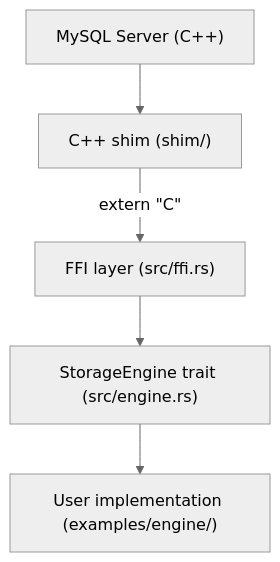
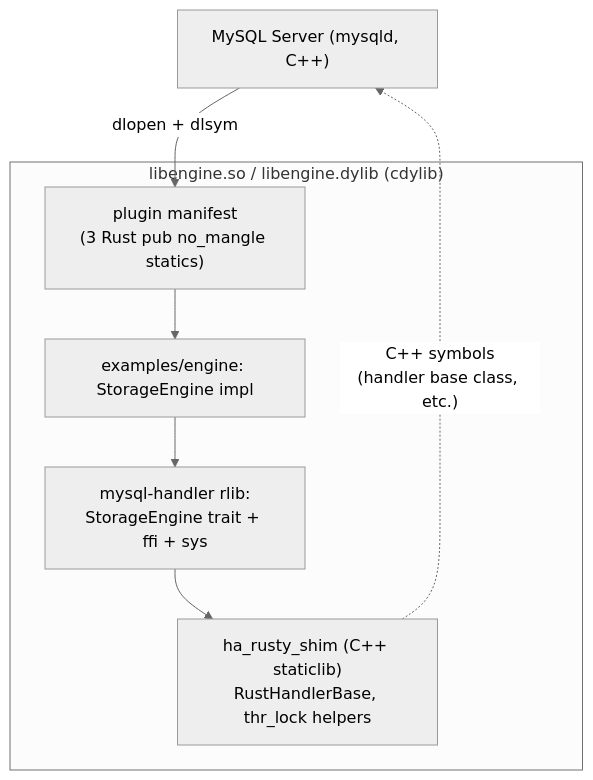
One commit to ren-yamanashi/rusty_mysql_handler changed the diagram in docs/architecture.md. Above: the diagram before and after it, drawn with Mermaid (neutral theme). The commit also changed other lines of this file, not shown here.

````diff
--- a/docs/architecture.md
+++ b/docs/architecture.md
@@ -12,7 +9,11 @@
 ```mermaid
 graph TD
-  A["MySQL Server (C++)"] --> B["C++ shim (shim/)"]
-  B -->|"extern &quot;C&quot;"| C["FFI layer (src/ffi.rs)"]
-  C --> D["StorageEngine trait (src/engine.rs)"]
-  D --> E["User implementation (examples/engine/)"]
+  A["MySQL Server (mysqld, C++)"] -->|"dlopen + dlsym"| B
+  subgraph cdylib["libengine.so / libengine.dylib (cdylib)"]
+    B["plugin manifest<br/>(3 Rust pub no_mangle statics)"]
+    B --> C["examples/engine: StorageEngine impl"]
+    C --> D["mysql-handler rlib:<br/>StorageEngine trait + ffi + sys"]
+    D --> E["ha_rusty_shim (C++ staticlib)<br/>RustHandlerBase, thr_lock helpers"]
+  end
+  E -. "C++ symbols<br/>(handler base class, etc.)" .-> A
 ```
````
